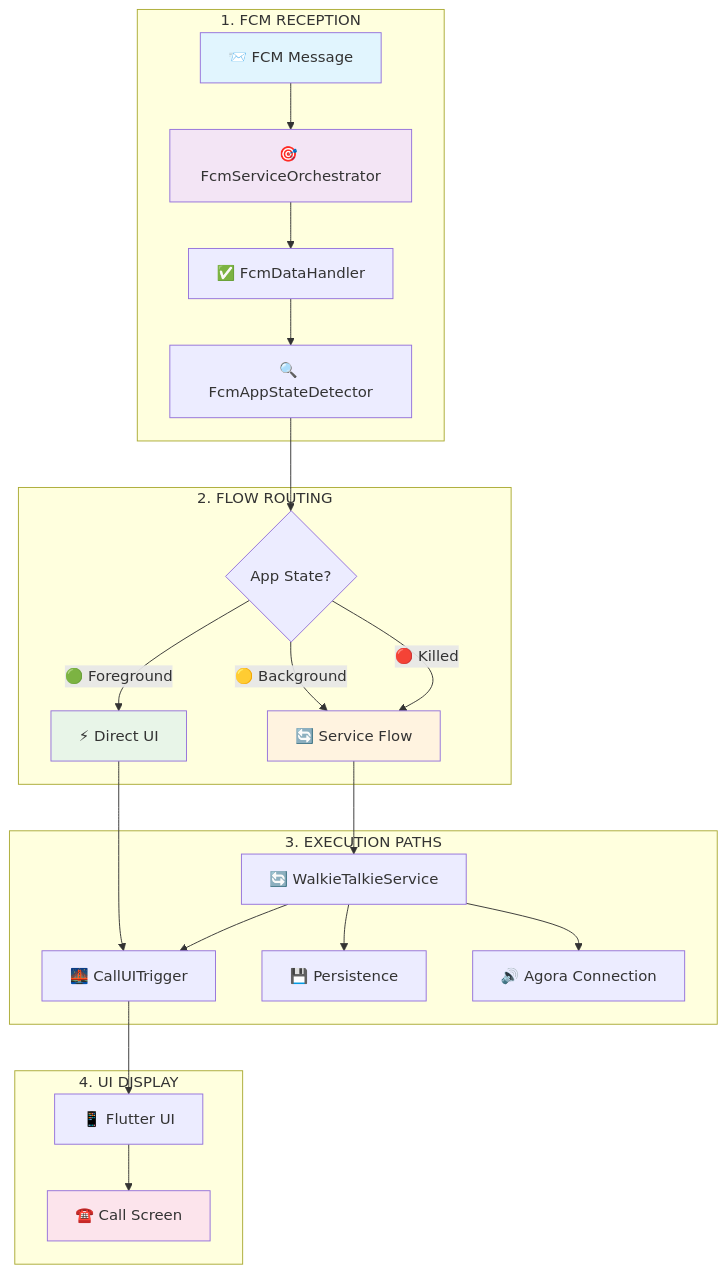
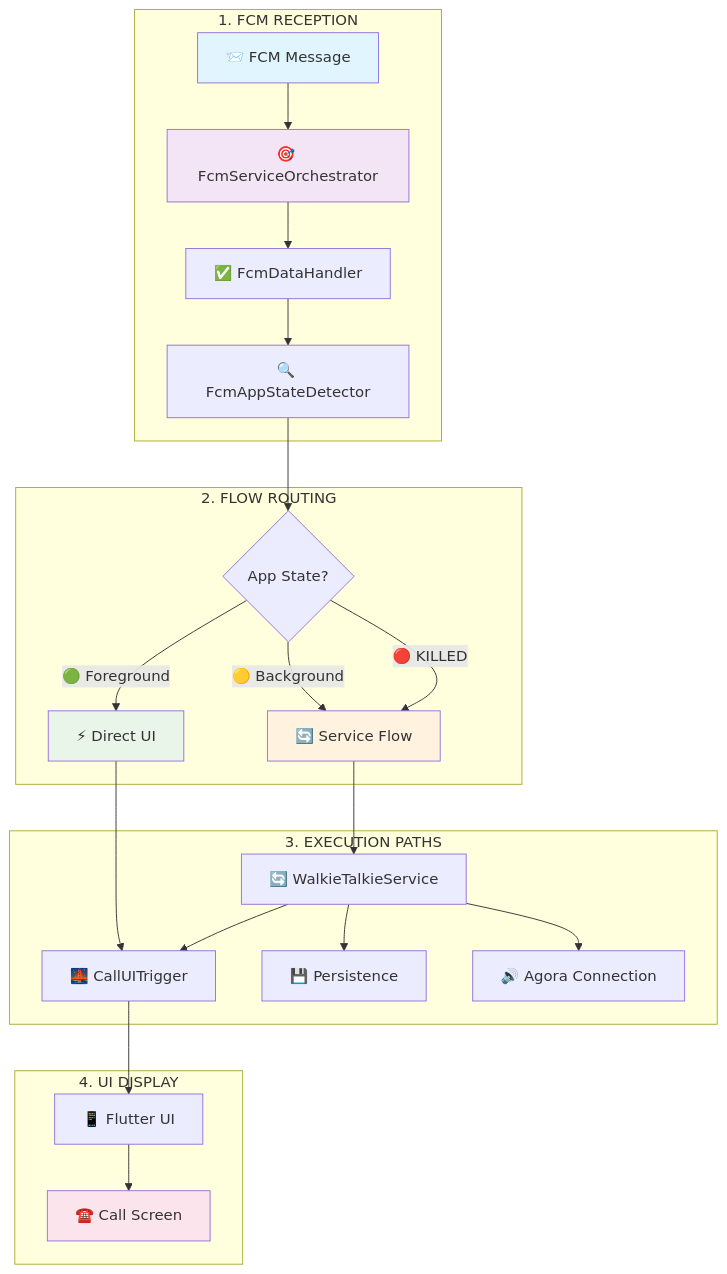
One commit to DuckBuck-Studios/DuckBuck-AI-Walkie-Talkie changed the third of 3 diagrams in docs/walkie-talkie/fcm-receiver-flow.md. Above: the diagram before and after it, drawn with Mermaid. The commit also changed other lines of this file and 4 other files, not shown here.

````diff
--- a/docs/walkie-talkie/fcm-receiver-flow.md
+++ b/docs/walkie-talkie/fcm-receiver-flow.md
@@ -605,34 +618,34 @@
 ```mermaid
 graph TD
     subgraph "1. FCM RECEPTION"
         FCM[📨 FCM Message] --> ORCH[🎯 FcmServiceOrchestrator]
         ORCH --> VALIDATE[✅ FcmDataHandler]
         VALIDATE --> STATE[🔍 FcmAppStateDetector]
     end
     
     subgraph "2. FLOW ROUTING"
         STATE --> DECISION{App State?}
         DECISION -->|🟢 Foreground| DIRECT[⚡ Direct UI]
         DECISION -->|🟡 Background| SERVICE[🔄 Service Flow]
-        DECISION -->|🔴 Killed| SERVICE
+        DECISION -->|🔴 KILLED| SERVICE
     end
     
     subgraph "3. EXECUTION PATHS"
         DIRECT --> UI[🌉 CallUITrigger]
         SERVICE --> WTS[🔄 WalkieTalkieService]
         WTS --> PERSIST[💾 Persistence]
         WTS --> AGORA[🔊 Agora Connection]
         WTS --> UI
     end
     
     subgraph "4. UI DISPLAY"
         UI --> FLUTTER[📱 Flutter UI]
         FLUTTER --> CALL[☎️ Call Screen]
     end
     
     style FCM fill:#e1f5fe
     style ORCH fill:#f3e5f5
     style DIRECT fill:#e8f5e8
     style SERVICE fill:#fff3e0
     style CALL fill:#fce4ec
 ```
````
